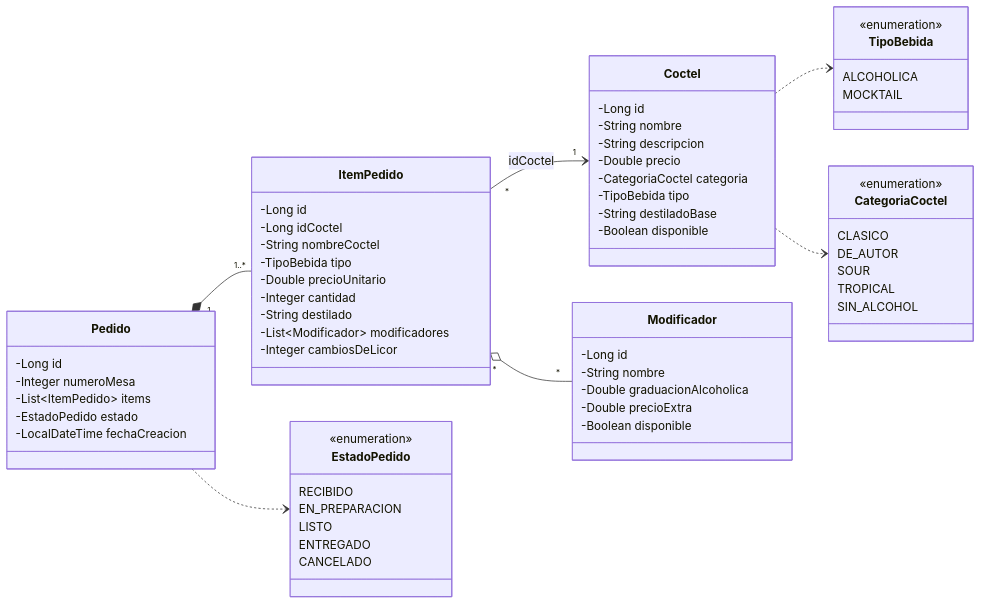
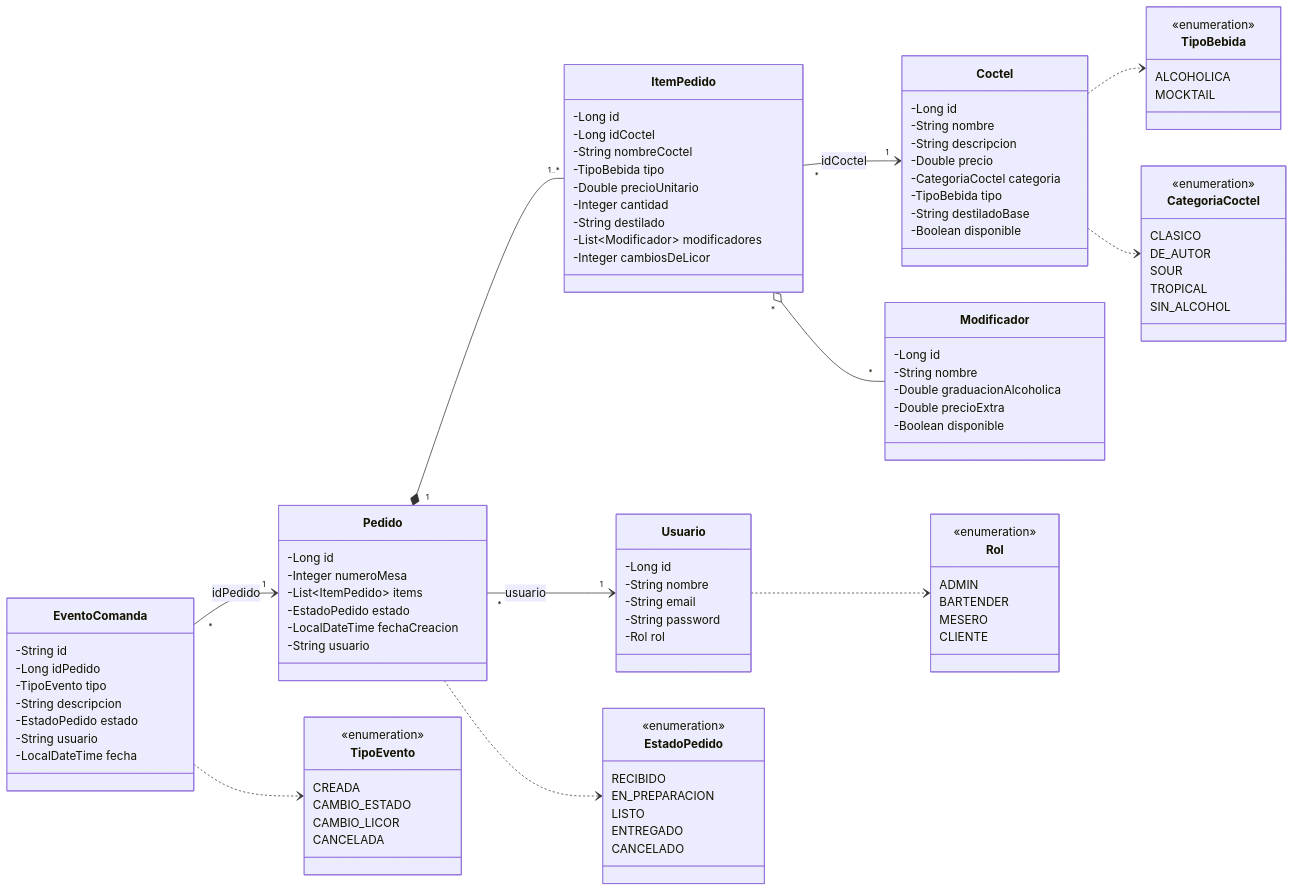
Before and after one commit to JUANNICOLASA/Bitacora_Corte2_NicolasAlvarez: the second of 5 diagrams in README.md, drawn with Mermaid. The commit also changed other lines of this file and 17 other files, not shown here.

Commit message:
README con indice, seguridad, Docker, CI/CD, diagramas y evidencias

````diff
--- a/README.md
+++ b/README.md
@@ -140,6 +170,7 @@
         -List~ItemPedido~ items
         -EstadoPedido estado
         -LocalDateTime fechaCreacion
+        -String usuario
     }
 
     class ItemPedido {
@@ -152,6 +183,24 @@
         -String destilado
         -List~Modificador~ modificadores
         -Integer cambiosDeLicor
+    }
+
+    class Usuario {
+        -Long id
+        -String nombre
+        -String email
+        -String password
+        -Rol rol
+    }
+
+    class EventoComanda {
+        -String id
+        -Long idPedido
+        -TipoEvento tipo
+        -String descripcion
+        -EstadoPedido estado
+        -String usuario
+        -LocalDateTime fecha
     }
 
     class TipoBebida {
@@ -178,10 +227,30 @@
         CANCELADO
     }
 
+    class Rol {
+        <<enumeration>>
+        ADMIN
+        BARTENDER
+        MESERO
+        CLIENTE
+    }
+
+    class TipoEvento {
+        <<enumeration>>
+        CREADA
+        CAMBIO_ESTADO
+        CAMBIO_LICOR
+        CANCELADA
+    }
+
     Pedido "1" *-- "1..*" ItemPedido
     ItemPedido "*" --> "1" Coctel : idCoctel
     ItemPedido "*" o-- "*" Modificador
+    Pedido "*" --> "1" Usuario : usuario
+    EventoComanda "*" --> "1" Pedido : idPedido
     Coctel ..> TipoBebida
     Coctel ..> CategoriaCoctel
     Pedido ..> EstadoPedido
+    Usuario ..> Rol
+    EventoComanda ..> TipoEvento
 ```
````
